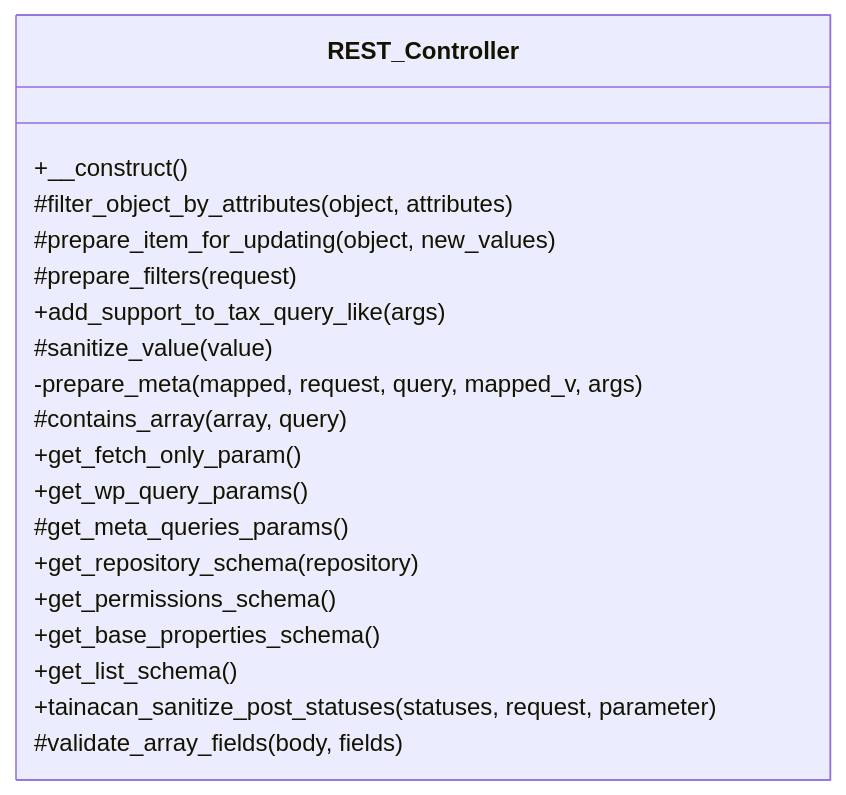
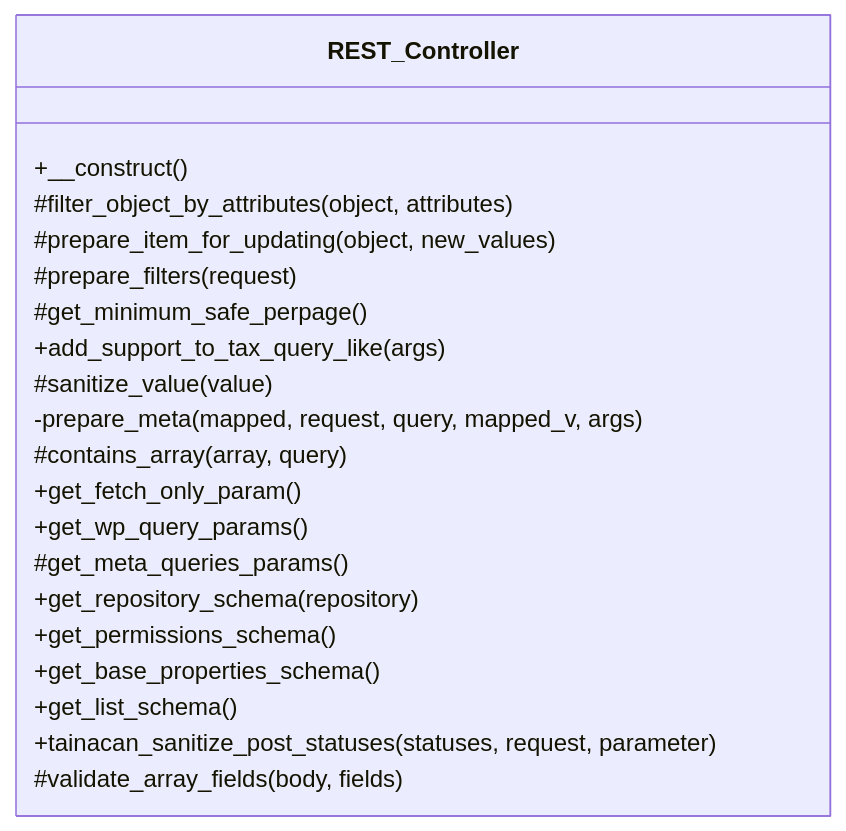
Before and after one commit to tainacan/tainacan: the diagram in docs/phpdoc/classes/Tainacan/API/REST_Controller.mmd, drawn with Mermaid. The commit also changed 30 other files, not shown here.

```diff
--- a/docs/phpdoc/classes/Tainacan/API/REST_Controller.mmd
+++ b/docs/phpdoc/classes/Tainacan/API/REST_Controller.mmd
@@ -1,21 +1,22 @@
 classDiagram
     direction TB
     class REST_Controller {
         +__construct()
         #filter_object_by_attributes(object, attributes)
         #prepare_item_for_updating(object, new_values)
         #prepare_filters(request)
+        #get_minimum_safe_perpage()
         +add_support_to_tax_query_like(args)
         #sanitize_value(value)
         -prepare_meta(mapped, request, query, mapped_v, args)
         #contains_array(array, query)
         +get_fetch_only_param()
         +get_wp_query_params()
         #get_meta_queries_params()
         +get_repository_schema(repository)
         +get_permissions_schema()
         +get_base_properties_schema()
         +get_list_schema()
         +tainacan_sanitize_post_statuses(statuses, request, parameter)
         #validate_array_fields(body, fields)
     }
```
